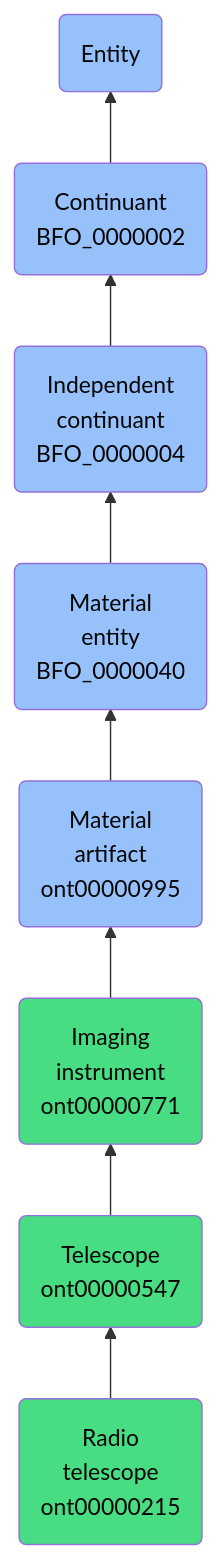
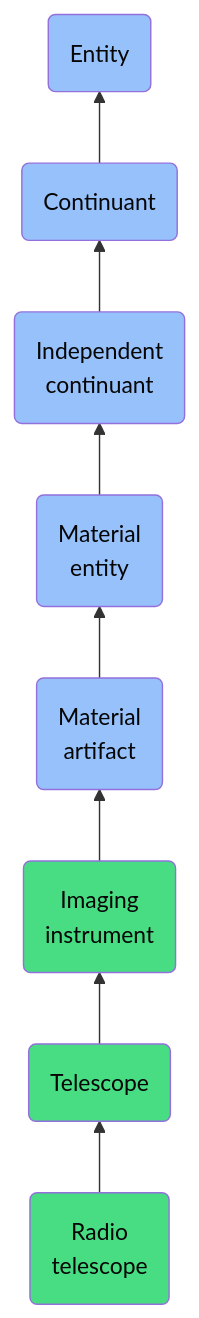
Before and after one commit to jupyter-naas/abi: the diagram in docs/ontology/reference/model/Entity/Continuant/Independent continuant/Material entity/Material artifact/Imaging instrument/Telescope/Radio telescope/Radio telescope.md, drawn with Mermaid. The commit also changed other lines of this file and 1430 other files, not shown here.

````diff
--- a/docs/ontology/reference/model/Entity/Continuant/Independent continuant/Material entity/Material artifact/Imaging instrument/Telescope/Radio telescope/Radio telescope.md
+++ b/docs/ontology/reference/model/Entity/Continuant/Independent continuant/Material entity/Material artifact/Imaging instrument/Telescope/Radio telescope/Radio telescope.md
@@ -24,15 +24,15 @@
 ```mermaid
 graph BT
-    ont00000215(Radio<br>telescope<br>ont00000215):::ABI-->ont00000547
-    ont00000547(Telescope<br>ont00000547):::ABI-->ont00000771
-    ont00000771(Imaging<br>instrument<br>ont00000771):::ABI-->ont00000995
-    ont00000995(Material<br>artifact<br>ont00000995):::BFO-->BFO_0000040
-    BFO_0000040(Material<br>entity<br>BFO_0000040):::BFO-->BFO_0000004
-    BFO_0000004(Independent<br>continuant<br>BFO_0000004):::BFO-->BFO_0000002
-    BFO_0000002(Continuant<br>BFO_0000002):::BFO-->BFO_0000001
+    ont00000215(Radio<br>telescope):::ABI-->ont00000547
+    ont00000547(Telescope):::ABI-->ont00000771
+    ont00000771(Imaging<br>instrument):::ABI-->ont00000995
+    ont00000995(Material<br>artifact):::BFO-->BFO_0000040
+    BFO_0000040(Material<br>entity):::BFO-->BFO_0000004
+    BFO_0000004(Independent<br>continuant):::BFO-->BFO_0000002
+    BFO_0000002(Continuant):::BFO-->BFO_0000001
     BFO_0000001(Entity):::BFO
     
     classDef BFO fill:#97c1fb,color:#060606
     classDef CCO fill:#e4c51e,color:#060606
     classDef ABI fill:#48DD82,color:#060606
 ```
````
